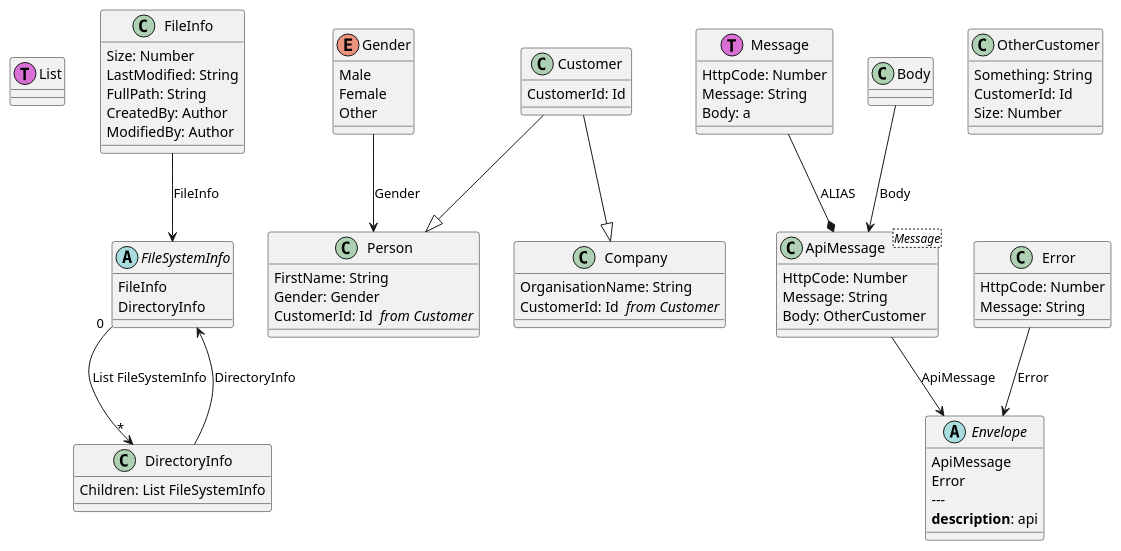
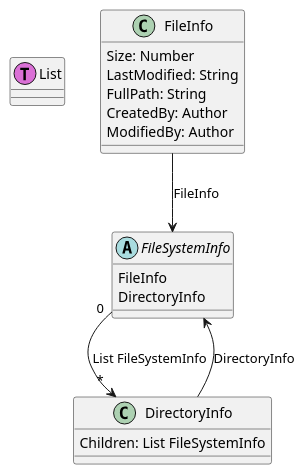
The diagram in Examples/.out/FileSystem/FileSystem.puml (Baudin999/car-lang), drawn with PlantUML before and after one commit. The commit also changed 11 other files, not shown here.

```diff
--- a/Examples/.out/FileSystem/FileSystem.puml
+++ b/Examples/.out/FileSystem/FileSystem.puml
@@ -1,69 +1,19 @@
 class List<< (T,orchid) >> {
 }
 class FileInfo {
 	Size: Number 
 	LastModified: String 
 	FullPath: String 
 	CreatedBy: Author 
 	ModifiedBy: Author 
 }
 class DirectoryInfo {
 	Children: List FileSystemInfo
 }
 FileSystemInfo "0" --> "*" DirectoryInfo : List FileSystemInfo
 abstract FileSystemInfo {
 	FileInfo
 	DirectoryInfo
 }
 FileInfo --> FileSystemInfo : FileInfo
 DirectoryInfo --> FileSystemInfo : DirectoryInfo
-enum Gender {
-	Male
-	Female
-	Other
-}
-class Person {
-	FirstName: String 
-	Gender: Gender 
-	CustomerId: Id  <i>from Customer</i>
-}
-Gender --> Person : Gender
-Customer --|> Person
-class Company {
-	OrganisationName: String 
-	CustomerId: Id  <i>from Customer</i>
-}
-Customer --|> Company
-class Customer {
-	CustomerId: Id 
-}
-abstract Envelope {
-	ApiMessage
-	Error
-  ---
-  <b>description</b>: api
-    
-}
-ApiMessage --> Envelope : ApiMessage
-Error --> Envelope : Error
-class Message<< (T,orchid) >> {
-	HttpCode: Number 
-	Message: String 
-	Body: a 
-}
-class OtherCustomer {
-	Something: String 
-	CustomerId: Id 
-	Size: Number 
-}
-class ApiMessage<Message> {
-	HttpCode: Number 
-	Message: String 
-	Body: OtherCustomer 
-}
-Body --> ApiMessage : Body
-Message --* ApiMessage: ALIAS
-class Error {
-	HttpCode: Number 
-	Message: String 
-}
```
